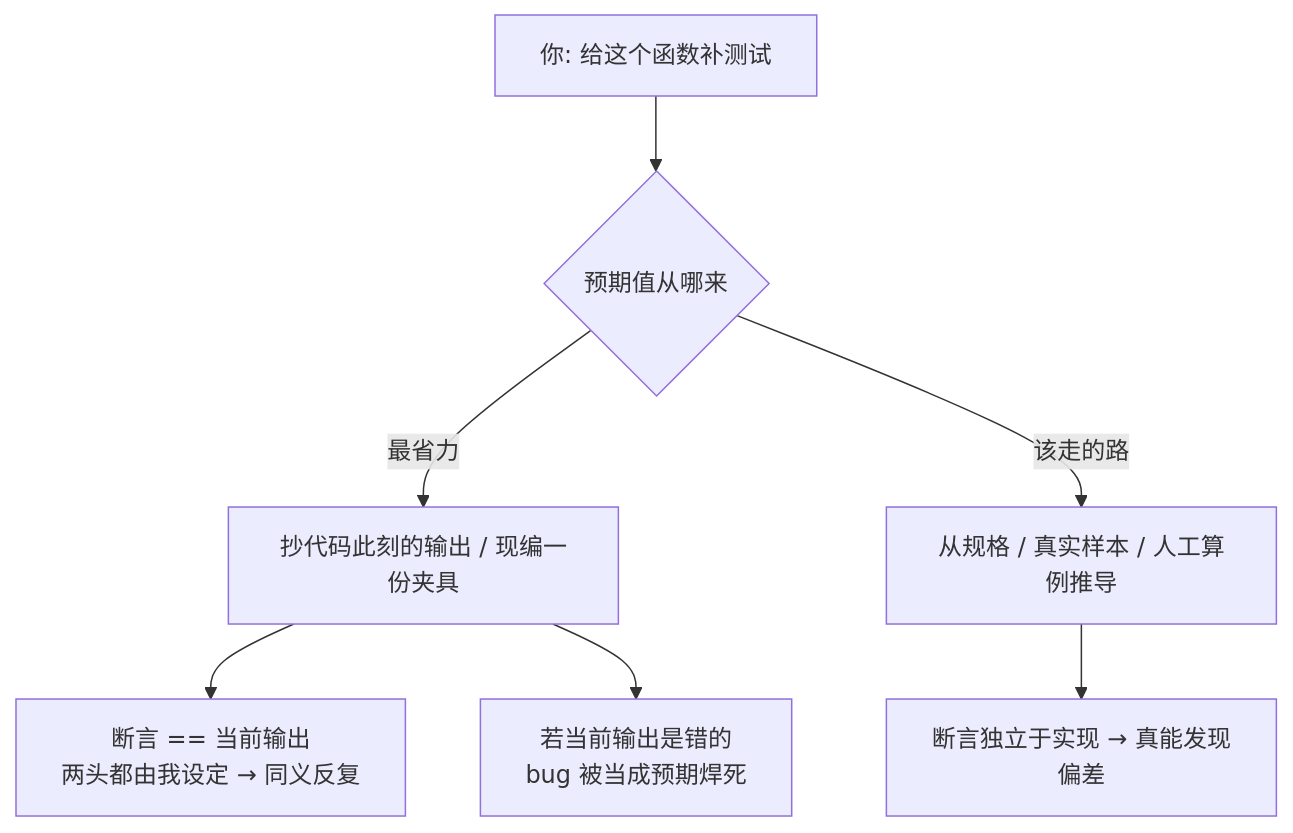
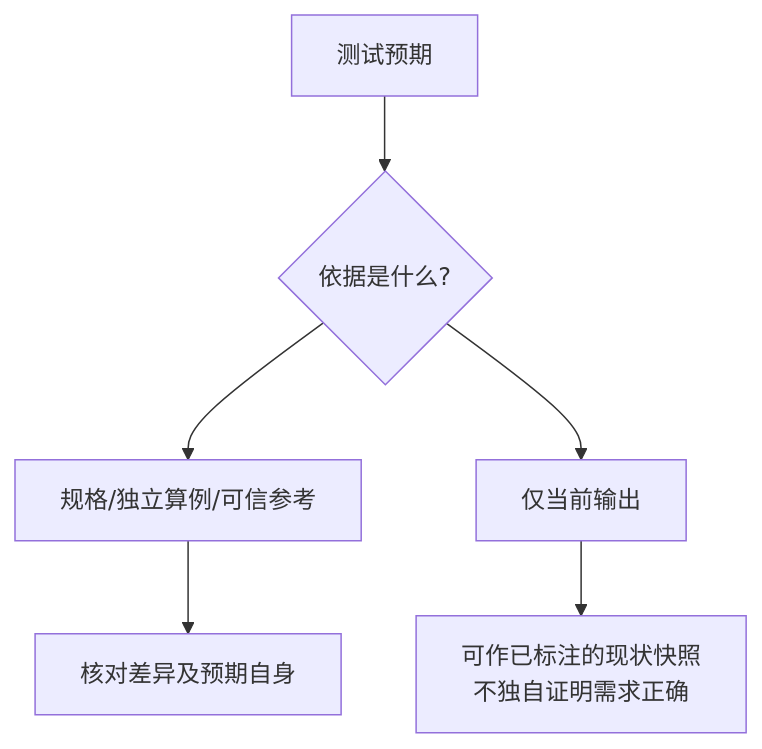
Before and after one commit to XuebinMa/AIWiki: the diagram in docs/06-testing/test-fixture-fabrication.mdx, drawn with Mermaid. The commit also changed other lines of this file and 325 other files, not shown here.

````diff
--- a/docs/06-testing/test-fixture-fabrication.mdx
+++ b/docs/06-testing/test-fixture-fabrication.mdx
@@ -47,9 +45,8 @@
 ```mermaid
 flowchart TB
-    A[你: 给这个函数补测试] --> B{预期值从哪来}
-    B -->|最省力| C[抄代码此刻的输出 / 现编一份夹具]
-    B -->|该走的路| D[从规格 / 真实样本 / 人工算例推导]
-    C --> E["断言 == 当前输出<br/>两头都由我设定 → 同义反复"]
-    C --> F["若当前输出是错的<br/>bug 被当成预期焊死"]
-    D --> G[断言独立于实现 → 真能发现偏差]
+    A[测试预期] --> B{依据是什么?}
+    B --> C[规格/独立算例/可信参考]
+    B --> D[仅当前输出]
+    C --> E[核对差异及预期自身]
+    D --> F[可作已标注的现状快照<br/>不独自证明需求正确]
 ```
````
